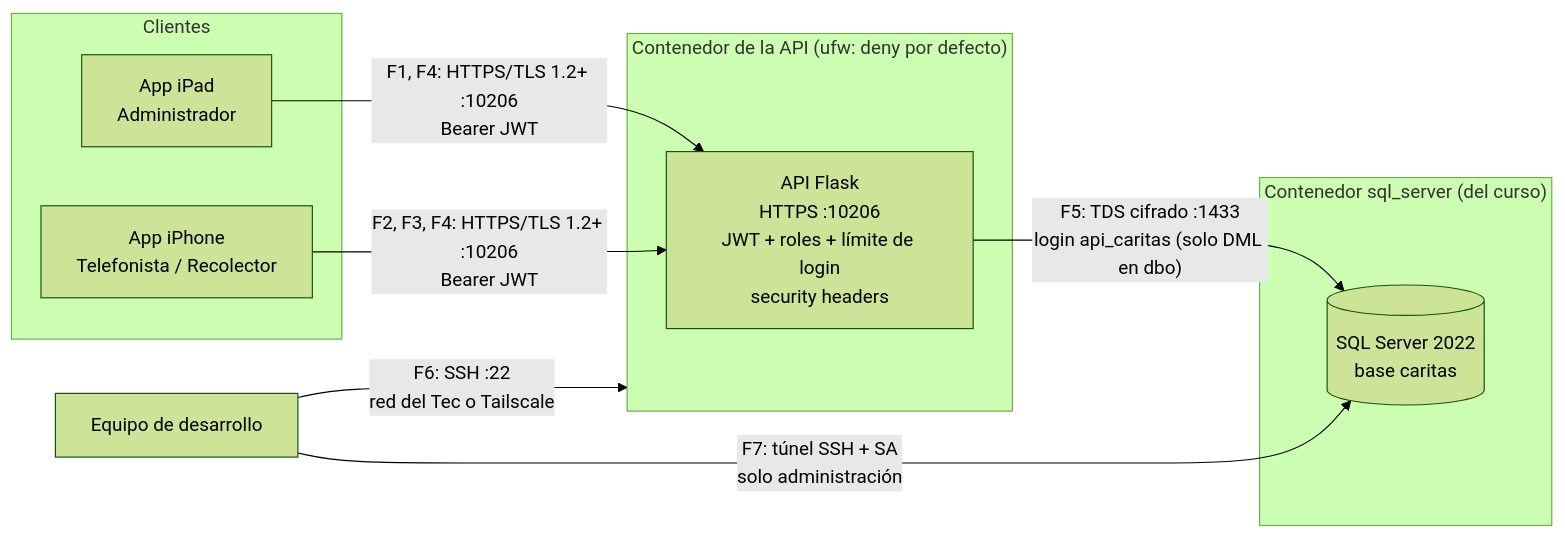
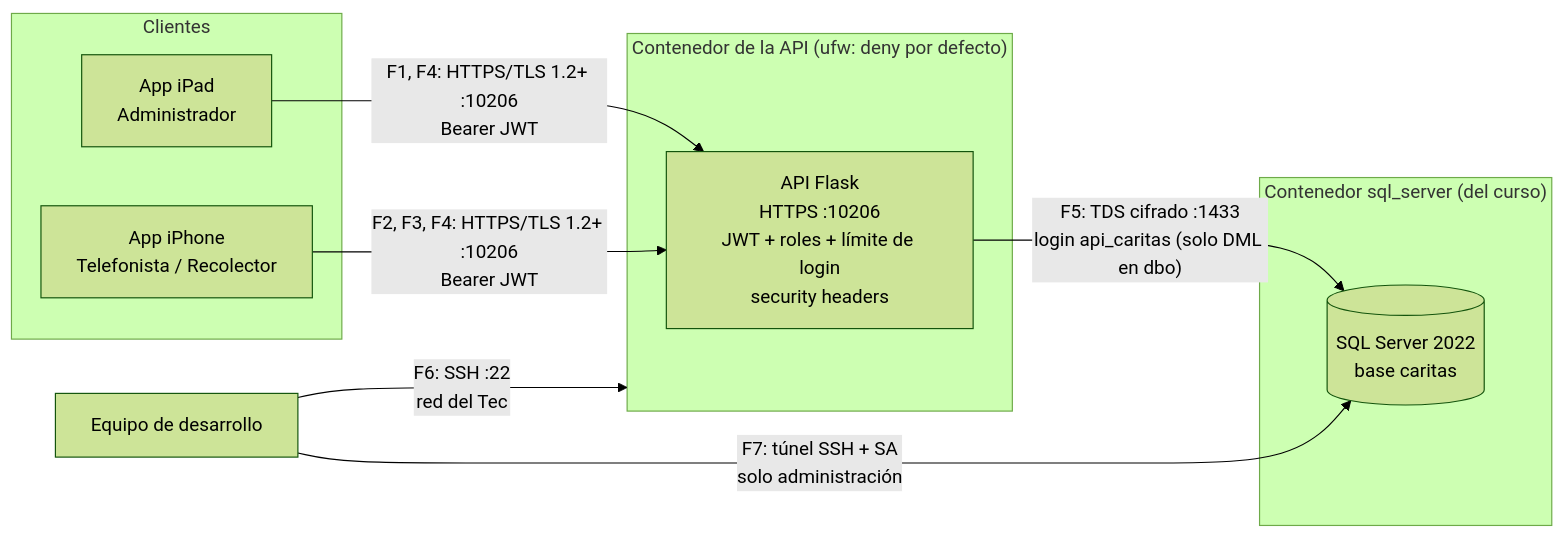
One commit to CaritasProject/IOS-Project-Caritas changed the diagram in docs/seguridad/diseno-integracion.md. Above: the diagram before and after it, drawn with Mermaid (forest theme). The commit also changed other lines of this file and 2 other files, not shown here.

````diff
--- a/docs/seguridad/diseno-integracion.md
+++ b/docs/seguridad/diseno-integracion.md
@@ -16,23 +15,23 @@
 ```mermaid
 flowchart LR
     subgraph Clientes
         IPAD["App iPad<br/>Administrador"]
         IPHONE["App iPhone<br/>Telefonista / Recolector"]
     end
 
     subgraph CONT["Contenedor de la API (ufw: deny por defecto)"]
         API["API Flask<br/>HTTPS :10206<br/>JWT + roles + límite de login<br/>security headers"]
     end
 
     subgraph SQL["Contenedor sql_server (del curso)"]
         DB[("SQL Server 2022<br/>base caritas")]
     end
 
     ADMIN["Equipo de desarrollo"]
 
     IPAD -- "F1, F4: HTTPS/TLS 1.2+ :10206<br/>Bearer JWT" --> API
     IPHONE -- "F2, F3, F4: HTTPS/TLS 1.2+ :10206<br/>Bearer JWT" --> API
     API -- "F5: TDS cifrado :1433<br/>login api_caritas (solo DML en dbo)" --> DB
-    ADMIN -- "F6: SSH :22<br/>red del Tec o Tailscale" --> CONT
+    ADMIN -- "F6: SSH :22<br/>red del Tec" --> CONT
     ADMIN -- "F7: túnel SSH + SA<br/>solo administración" --> DB
 ```
````
